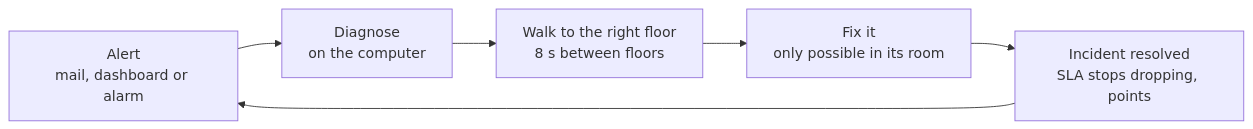
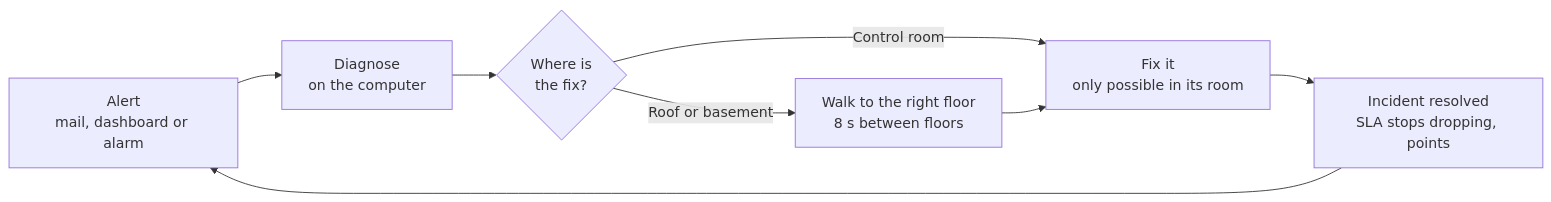
One commit to jobtrek/DuskTillDawn changed the third of 7 diagrams in docs/player-flow/core-player-loop.md. Above: the diagram before and after it, drawn with Mermaid. The commit also changed other lines of this file and 8 other files, not shown here.

Commit message:
docs: update the contract and player flow for the cut-away view

````diff
--- a/docs/player-flow/core-player-loop.md
+++ b/docs/player-flow/core-player-loop.md
@@ -35,8 +48,10 @@
 ```mermaid
 flowchart LR
     Alert["Alert<br/>mail, dashboard or alarm"] --> Diagnose["Diagnose<br/>on the computer"]
-    Diagnose --> Walk["Walk to the right floor<br/>8 s between floors"]
-    Walk --> Fix["Fix it<br/>only possible in its room"]
+    Diagnose --> Where{"Where is<br/>the fix?"}
+    Where -->|"Control room"| Fix["Fix it<br/>only possible in its room"]
+    Where -->|"Roof or basement"| Walk["Walk to the right floor<br/>8 s between floors"]
+    Walk --> Fix
     Fix --> Reward["Incident resolved<br/>SLA stops dropping, points"]
     Reward --> Alert
 ```
````
